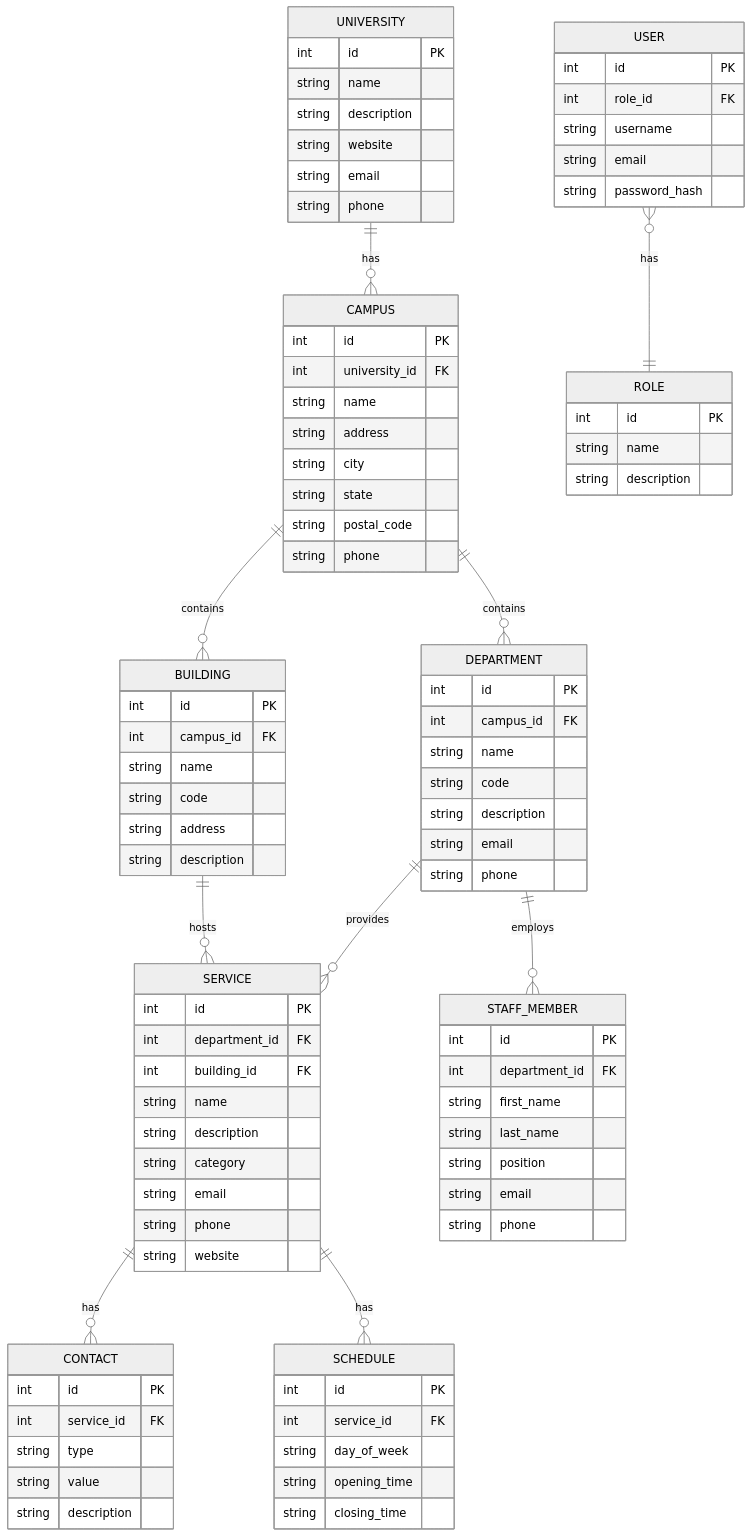
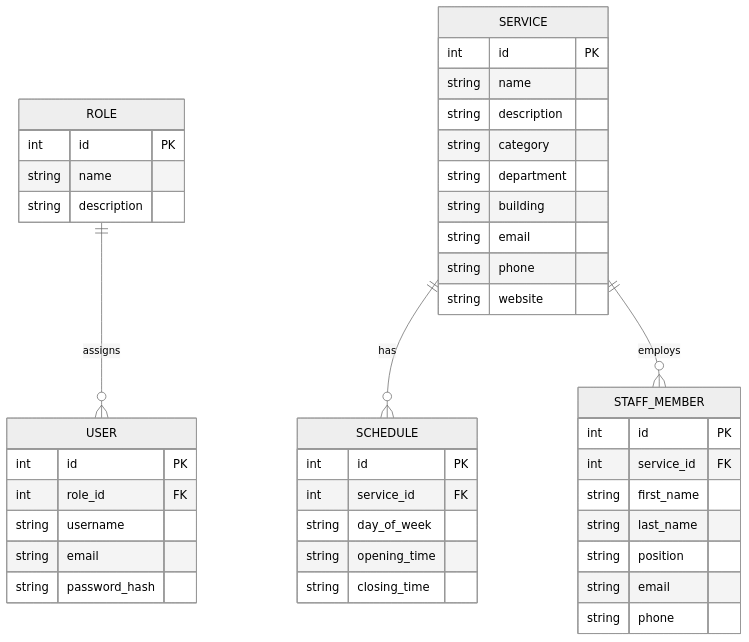
The diagram in docs/architecture.md (Laprapvk/university-health-container), drawn with Mermaid (neutral theme) before and after one commit. The commit also changed other lines of this file, not shown here.

Commit message:
docs: update architecture spec

````diff
--- a/docs/architecture.md
+++ b/docs/architecture.md
@@ -209,100 +114,8 @@
 ```mermaid
 erDiagram
-
-    UNIVERSITY ||--o{ CAMPUS : has
-
-    CAMPUS ||--o{ BUILDING : contains
-
-    CAMPUS ||--o{ DEPARTMENT : contains
-
-    DEPARTMENT ||--o{ SERVICE : provides
-
-    DEPARTMENT ||--o{ STAFF_MEMBER : employs
-
-    SERVICE ||--o{ CONTACT : has
-
+    ROLE ||--o{ USER : assigns
     SERVICE ||--o{ SCHEDULE : has
-
-    BUILDING ||--o{ SERVICE : hosts
-
-    USER }o--|| ROLE : has
-
-    UNIVERSITY {
-        int id PK
-        string name
-        string description
-        string website
-        string email
-        string phone
-    }
-
-    CAMPUS {
-        int id PK
-        int university_id FK
-        string name
-        string address
-        string city
-        string state
-        string postal_code
-        string phone
-    }
-
-    BUILDING {
-        int id PK
-        int campus_id FK
-        string name
-        string code
-        string address
-        string description
-    }
-
-    DEPARTMENT {
-        int id PK
-        int campus_id FK
-        string name
-        string code
-        string description
-        string email
-        string phone
-    }
-
-    SERVICE {
-        int id PK
-        int department_id FK
-        int building_id FK
-        string name
-        string description
-        string category
-        string email
-        string phone
-        string website
-    }
-
-    STAFF_MEMBER {
-        int id PK
-        int department_id FK
-        string first_name
-        string last_name
-        string position
-        string email
-        string phone
-    }
-
-    CONTACT {
-        int id PK
-        int service_id FK
-        string type
-        string value
-        string description
-    }
-
-    SCHEDULE {
-        int id PK
-        int service_id FK
-        string day_of_week
-        string opening_time
-        string closing_time
-    }
+    SERVICE ||--o{ STAFF_MEMBER : employs
 
     ROLE {
         int id PK
@@ -317,4 +130,35 @@
         string email
         string password_hash
     }
+
+    SERVICE {
+        int id PK
+        string name
+        string description
+        string category
+        string department
+        string building
+        string email
+        string phone
+        string website
+    }
+
+    STAFF_MEMBER {
+        int id PK
+        int service_id FK
+        string first_name
+        string last_name
+        string position
+        string email
+        string phone
+    }
+
+    SCHEDULE {
+        int id PK
+        int service_id FK
+        string day_of_week
+        string opening_time
+        string closing_time
+    }
+
 ```
````
